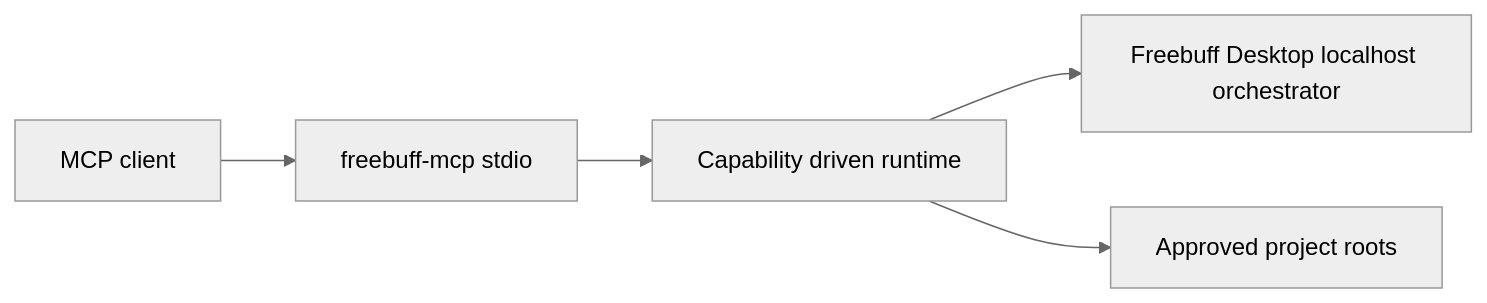
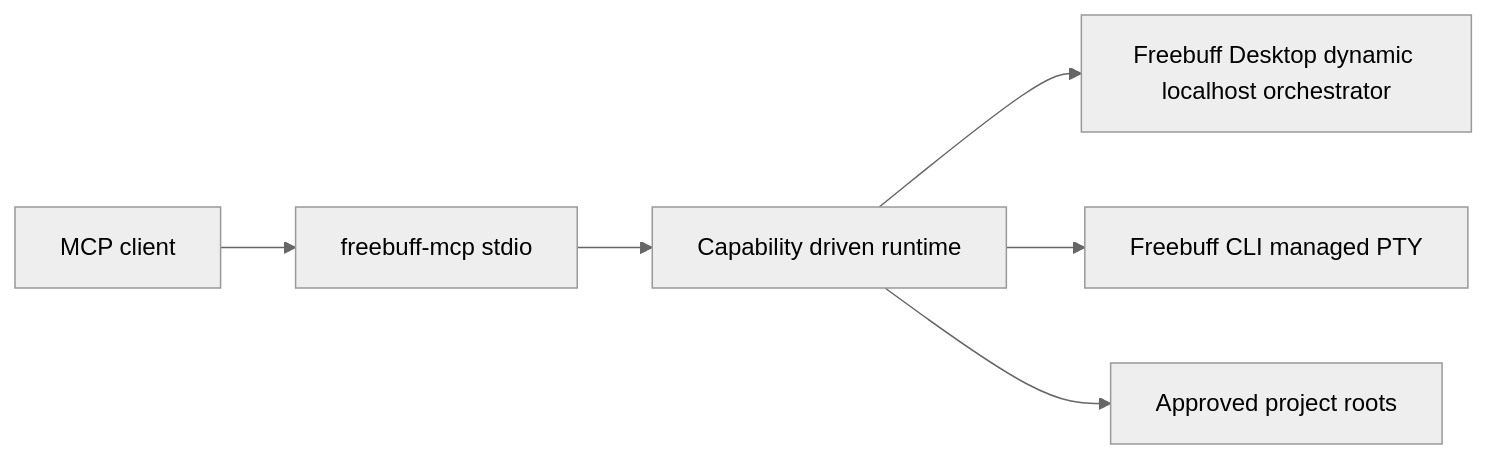
One commit to Praket7/freebuff-mcp changed the diagram in docs/architecture.md. Above: the diagram before and after it, drawn with Mermaid (neutral theme). The commit also changed other lines of this file, not shown here.

Commit message:
fix: complete runtime discovery and safe packaging

````diff
--- a/docs/architecture.md
+++ b/docs/architecture.md
@@ -7,7 +7,8 @@
 ```mermaid
 flowchart LR
   Client[MCP client] --> Stdio[freebuff-mcp stdio]
   Stdio --> Runtime[Capability driven runtime]
-  Runtime --> Desktop[Freebuff Desktop localhost orchestrator]
+  Runtime --> Desktop[Freebuff Desktop dynamic localhost orchestrator]
+  Runtime --> CLI[Freebuff CLI managed PTY]
   Runtime --> Files[Approved project roots]
 ```
````
